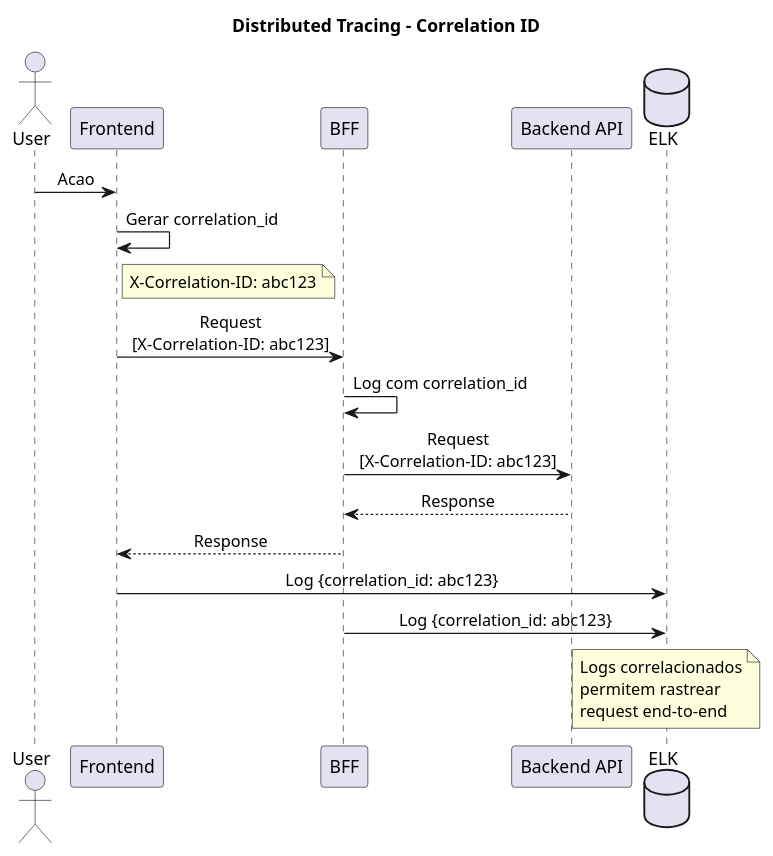
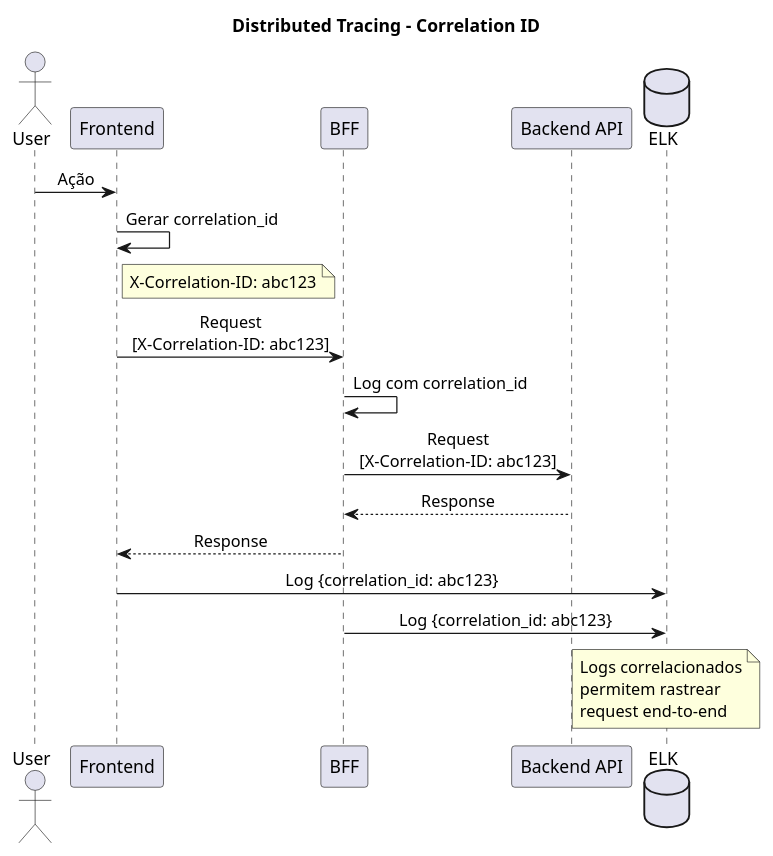
The third of 4 diagrams in current/definitions/DEF-11-observabilidade-operacoes.md (beduardo/novobanco_website_doc), drawn with PlantUML before and after one commit. The commit also changed other lines of this file and 182 other files, not shown here.

````diff
--- a/current/definitions/DEF-11-observabilidade-operacoes.md
+++ b/current/definitions/DEF-11-observabilidade-operacoes.md
@@ -227,36 +227,36 @@
 ```plantuml
 @startuml
 skinparam backgroundColor white
 skinparam sequenceMessageAlign center
 
 title Distributed Tracing - Correlation ID
 
 actor User
 participant "Frontend" as fe
 participant "BFF" as bff
 participant "Backend API" as api
 database "ELK" as elk
 
-User -> fe : Acao
+User -> fe : Ação
 fe -> fe : Gerar correlation_id
 note right of fe
 X-Correlation-ID: abc123
 end note
 
 fe -> bff : Request\n[X-Correlation-ID: abc123]
 bff -> bff : Log com correlation_id
 bff -> api : Request\n[X-Correlation-ID: abc123]
 api --> bff : Response
 bff --> fe : Response
 
 fe -> elk : Log {correlation_id: abc123}
 bff -> elk : Log {correlation_id: abc123}
 
 note over elk
 Logs correlacionados
 permitem rastrear
 request end-to-end
 end note
 
 @enduml
 ```
````
